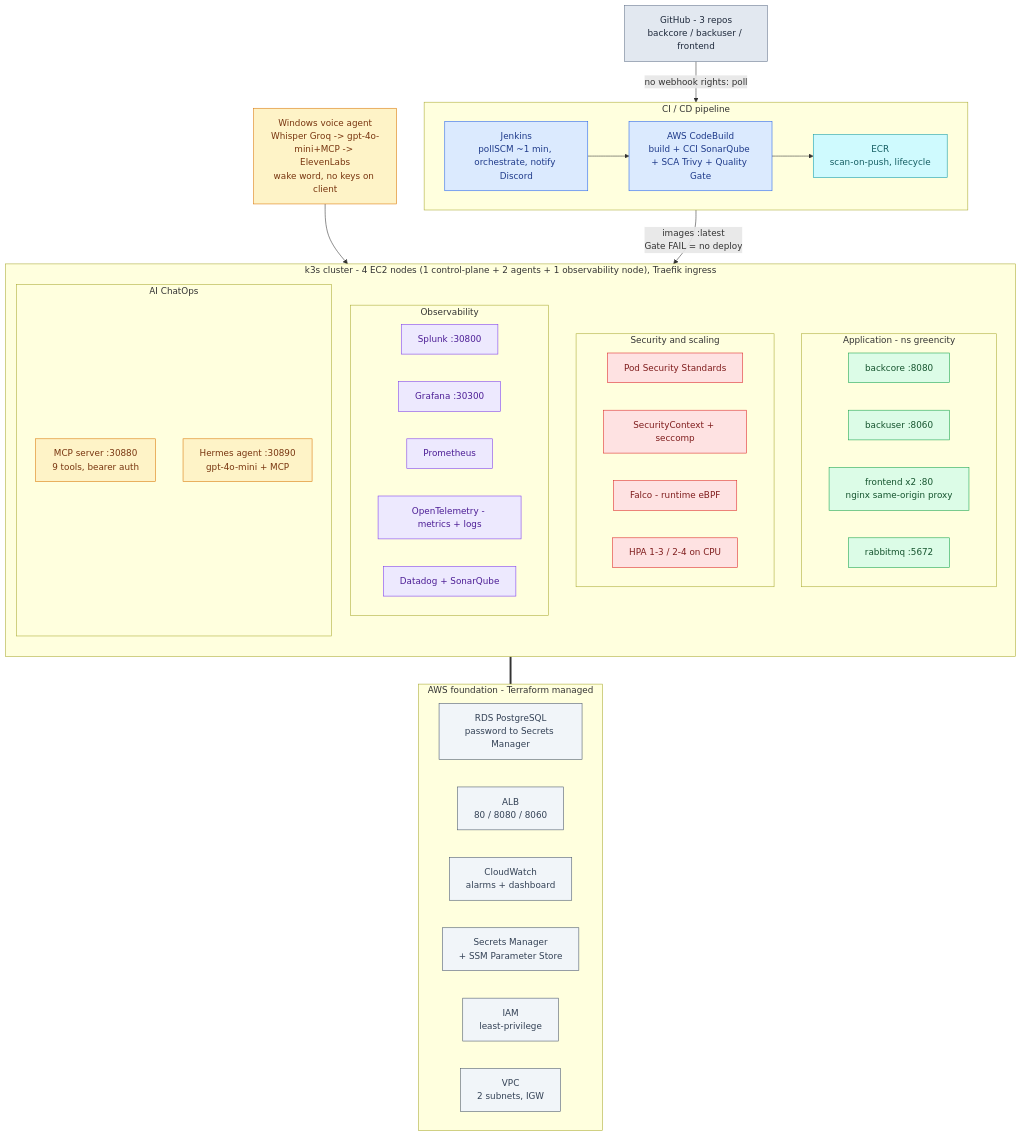
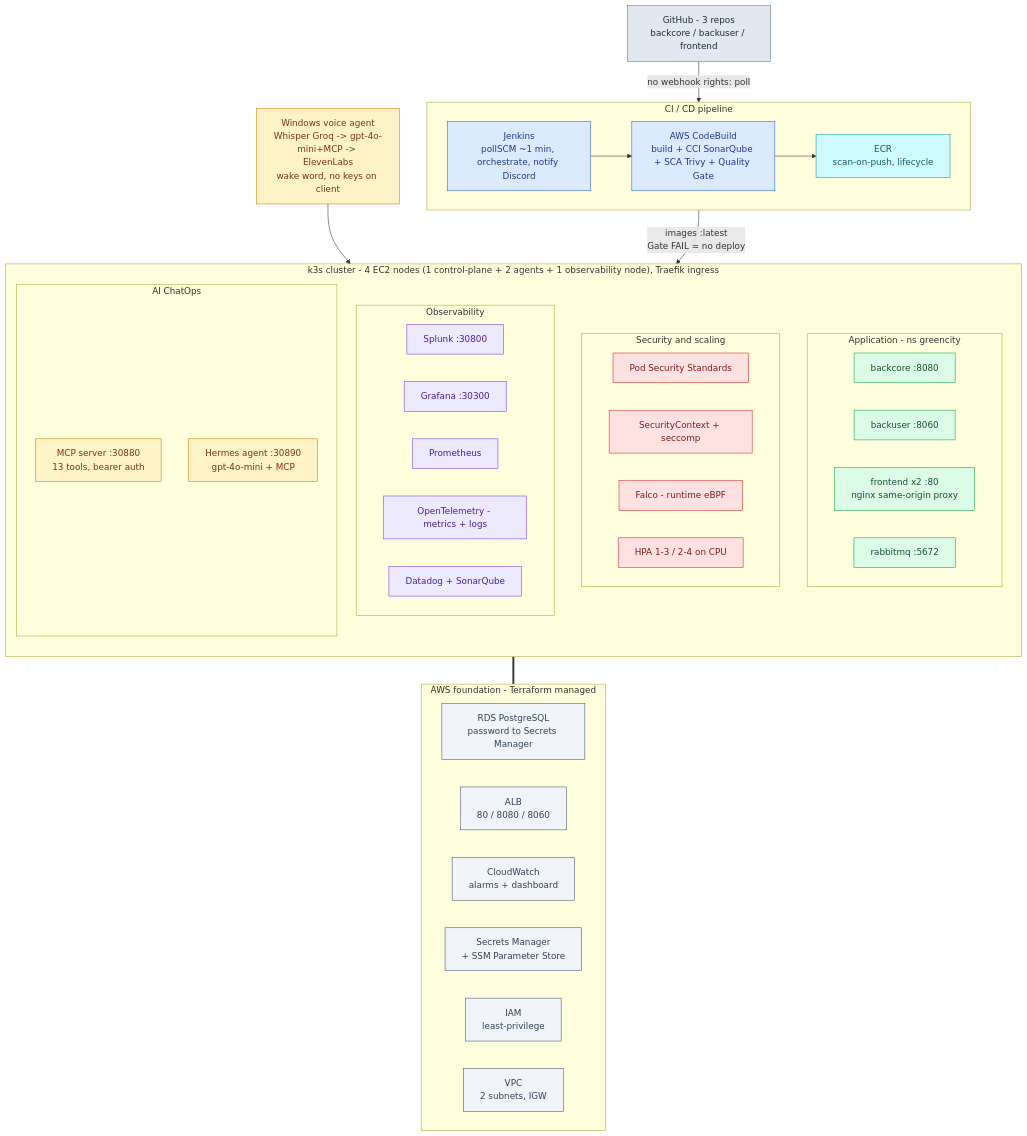
The diagram in ARCHITECTURE.md (SergeyVNec/GreenCity-IaC), drawn with Mermaid before and after one commit. The commit also changed 13 other files, not shown here.

````diff
--- a/ARCHITECTURE.md
+++ b/ARCHITECTURE.md
@@ -5,74 +5,74 @@
 ```mermaid
 flowchart TB
     GH["GitHub - 3 repos<br/>backcore / backuser / frontend"]
 
     subgraph CICD["CI / CD pipeline"]
         direction LR
         JEN["Jenkins<br/>pollSCM ~1 min, orchestrate, notify Discord"]
         CB["AWS CodeBuild<br/>build + CCI SonarQube + SCA Trivy + Quality Gate"]
         ECR["ECR<br/>scan-on-push, lifecycle"]
         JEN --> CB --> ECR
     end
 
     GH -->|"no webhook rights: poll"| JEN
     ECR -->|"images :latest<br/>Gate FAIL = no deploy"| K3S
 
     subgraph K3S["k3s cluster - 4 EC2 nodes (1 control-plane + 2 agents + 1 observability node), Traefik ingress"]
         direction TB
         subgraph APP["Application - ns greencity"]
             A1["backcore :8080"]
             A2["backuser :8060"]
             A3["frontend x2 :80<br/>nginx same-origin proxy"]
             A4["rabbitmq :5672"]
         end
         subgraph SEC["Security and scaling"]
             S1["Pod Security Standards"]
             S2["SecurityContext + seccomp"]
             S3["Falco - runtime eBPF"]
             S4["HPA 1-3 / 2-4 on CPU"]
         end
         subgraph OBS["Observability"]
             O1["Splunk :30800"]
             O2["Grafana :30300"]
             O3["Prometheus"]
             O4["OpenTelemetry - metrics + logs"]
             O5["Datadog + SonarQube"]
         end
         subgraph OPS["AI ChatOps"]
-            M1["MCP server :30880<br/>9 tools, bearer auth"]
+            M1["MCP server :30880<br/>13 tools, bearer auth"]
             M2["Hermes agent :30890<br/>gpt-4o-mini + MCP"]
         end
     end
 
     subgraph AWS["AWS foundation - Terraform managed"]
         direction LR
         RDS["RDS PostgreSQL<br/>password to Secrets Manager"]
         ALB["ALB<br/>80 / 8080 / 8060"]
         CW["CloudWatch<br/>alarms + dashboard"]
         SEC2["Secrets Manager<br/>+ SSM Parameter Store"]
         IAM["IAM<br/>least-privilege"]
         VPC["VPC<br/>2 subnets, IGW"]
     end
 
     VOICE["Windows voice agent<br/>Whisper Groq -> gpt-4o-mini+MCP -> ElevenLabs<br/>wake word, no keys on client"] --> M2
 
     K3S === AWS
 
     classDef src fill:#e2e8f0,stroke:#64748b,color:#1e293b;
     classDef ci fill:#dbeafe,stroke:#2563eb,color:#1e3a8a;
     classDef reg fill:#cffafe,stroke:#0e9aa7,color:#155e63;
     classDef app fill:#dcfce7,stroke:#16a34a,color:#14532d;
     classDef sec fill:#fee2e2,stroke:#dc2626,color:#7f1d1d;
     classDef obs fill:#ede9fe,stroke:#7c3aed,color:#4c1d95;
     classDef ops fill:#fef3c7,stroke:#d97706,color:#78350f;
     classDef aws fill:#f1f5f9,stroke:#475569,color:#334155;
 
     class GH src;
     class JEN,CB ci;
     class ECR reg;
     class A1,A2,A3,A4 app;
     class S1,S2,S3,S4 sec;
     class O1,O2,O3,O4,O5 obs;
     class M1,M2,VOICE ops;
     class RDS,ALB,CW,SEC2,IAM,VPC aws;
 ```
````
